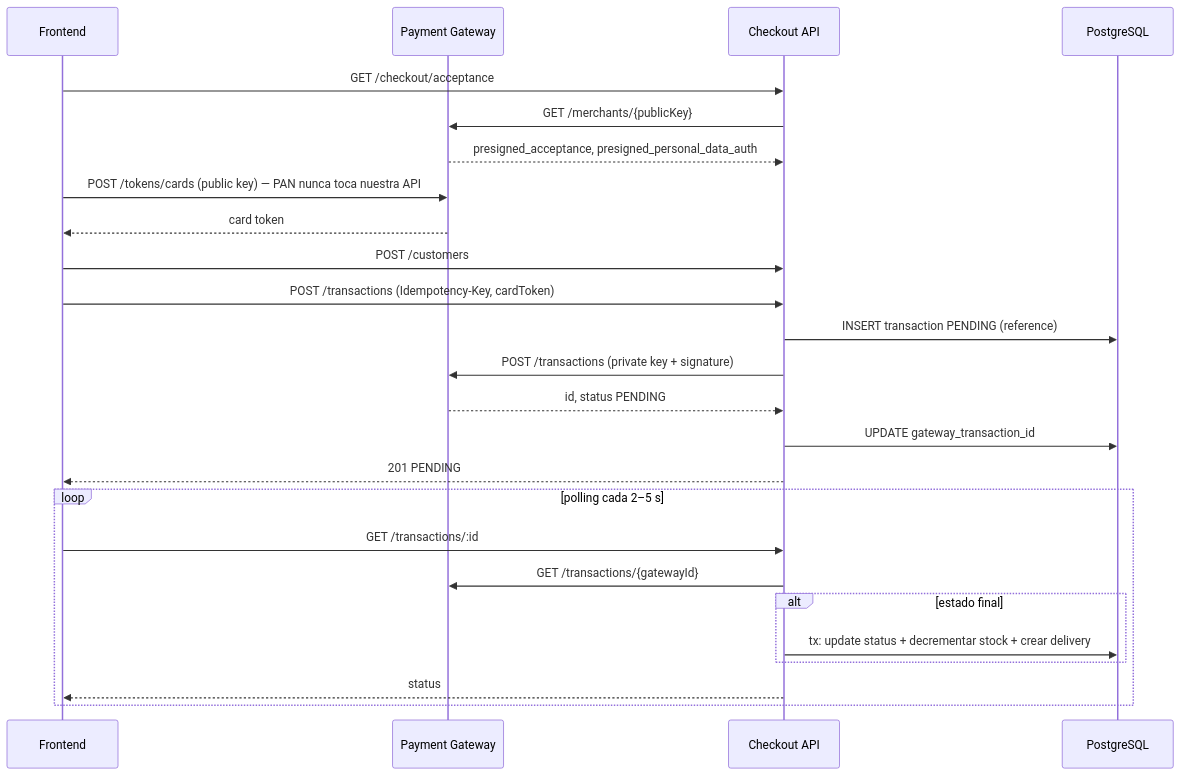
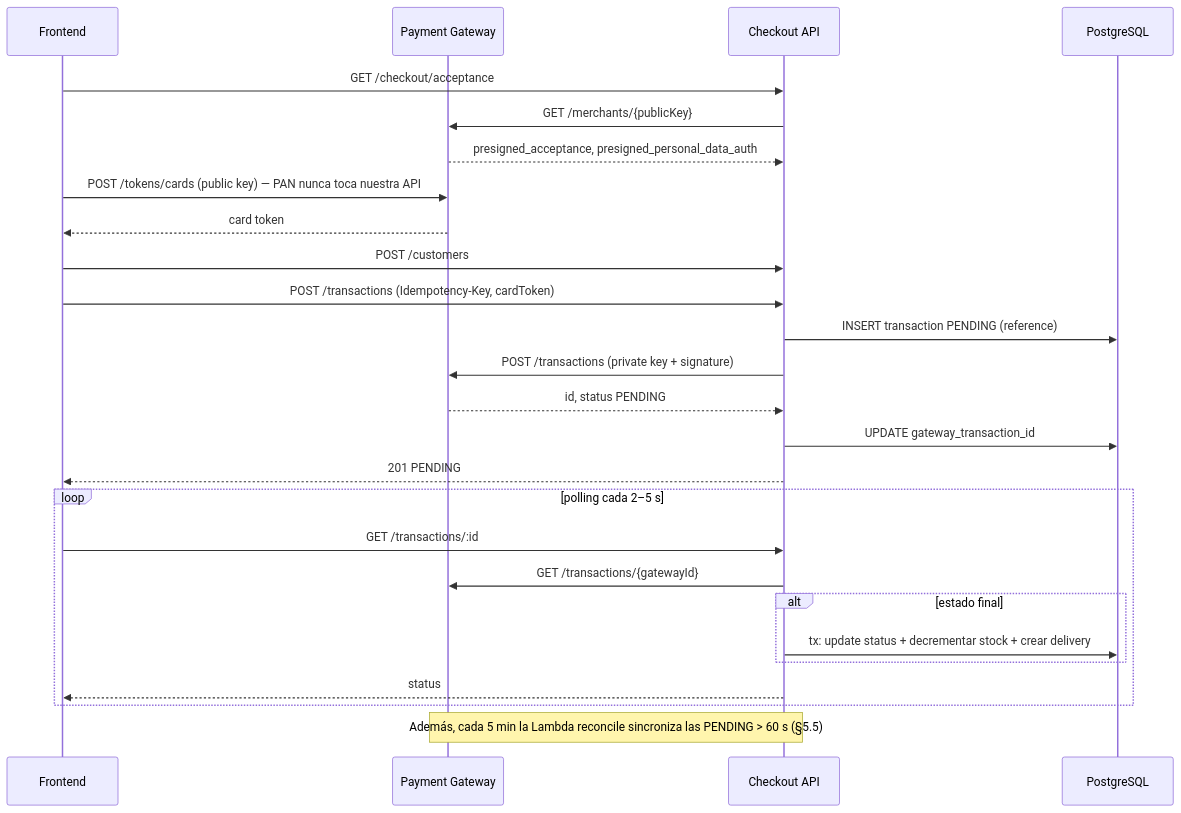
Before and after one commit to sosoriogomez/PaymentFullStack: the third of 3 diagrams in docs/specs/spec-backend.md, drawn with Mermaid. The commit also changed other lines of this file and 4 other files, not shown here.

````diff
--- a/docs/specs/spec-backend.md
+++ b/docs/specs/spec-backend.md
@@ -421,27 +467,28 @@
 ```mermaid
 sequenceDiagram
   participant FE as Frontend
   participant PG as Payment Gateway
   participant API as Checkout API
   participant DB as PostgreSQL
   FE->>API: GET /checkout/acceptance
   API->>PG: GET /merchants/{publicKey}
   PG-->>API: presigned_acceptance, presigned_personal_data_auth
   FE->>PG: POST /tokens/cards (public key) — PAN nunca toca nuestra API
   PG-->>FE: card token
   FE->>API: POST /customers
   FE->>API: POST /transactions (Idempotency-Key, cardToken)
   API->>DB: INSERT transaction PENDING (reference)
   API->>PG: POST /transactions (private key + signature)
   PG-->>API: id, status PENDING
   API->>DB: UPDATE gateway_transaction_id
   API-->>FE: 201 PENDING
   loop polling cada 2–5 s
     FE->>API: GET /transactions/:id
     API->>PG: GET /transactions/{gatewayId}
     alt estado final
       API->>DB: tx: update status + decrementar stock + crear delivery
     end
     API-->>FE: status
   end
+  Note over API,PG: Además, cada 5 min la Lambda reconcile sincroniza las PENDING > 60 s (§5.5)
 ```
````
